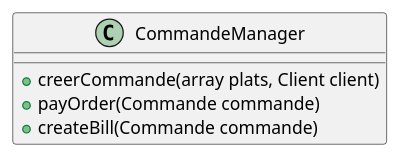
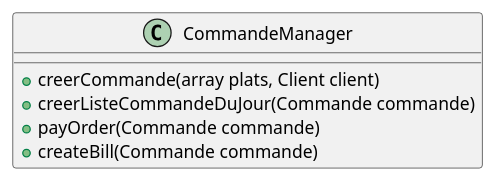
The diagram in Class/CommandeManager.puml (laurasullyalexandrine/expressfood), drawn with PlantUML before and after one commit. The commit also changed 12 other files, not shown here.

Commit message:
add sequence diagram and update usercase

```diff
--- a/Class/CommandeManager.puml
+++ b/Class/CommandeManager.puml
@@ -1,11 +1,12 @@
 @startuml CommandeManager
 
 Class CommandeManager {
 
     + creerCommande(array plats, Client client)
+    + creerListeCommandeDuJour(Commande commande)
     + payOrder(Commande commande)
     + createBill(Commande commande)
     
     }
 
 @enduml
```
